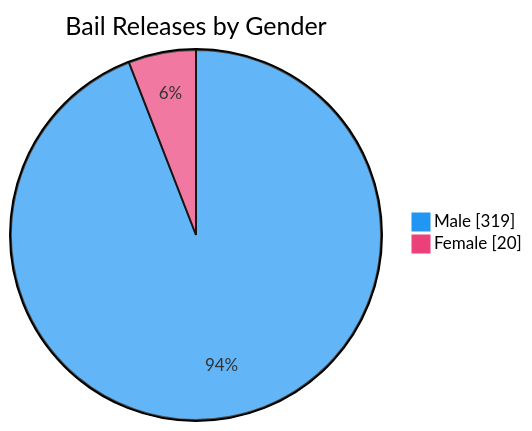
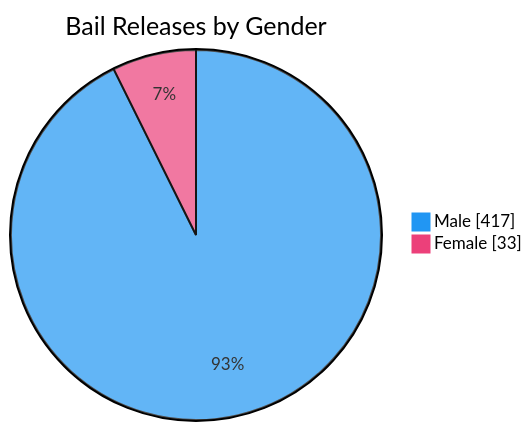
Before and after one commit to nuuuwan/lk_prisons: the seventh of 7 diagrams in README.md, drawn with Mermaid. The commit also changed other lines of this file and 1 other file, not shown here.

````diff
--- a/README.md
+++ b/README.md
@@ -109,6 +109,6 @@
 ```mermaid
 %%{init: {'themeVariables': {'pie1': '#2196F3', 'pie2': '#EC407A'}}}%%
 pie showData title Bail Releases by Gender
-    "Male" : 319
-    "Female" : 20
+    "Male" : 417
+    "Female" : 33
 ```
````
